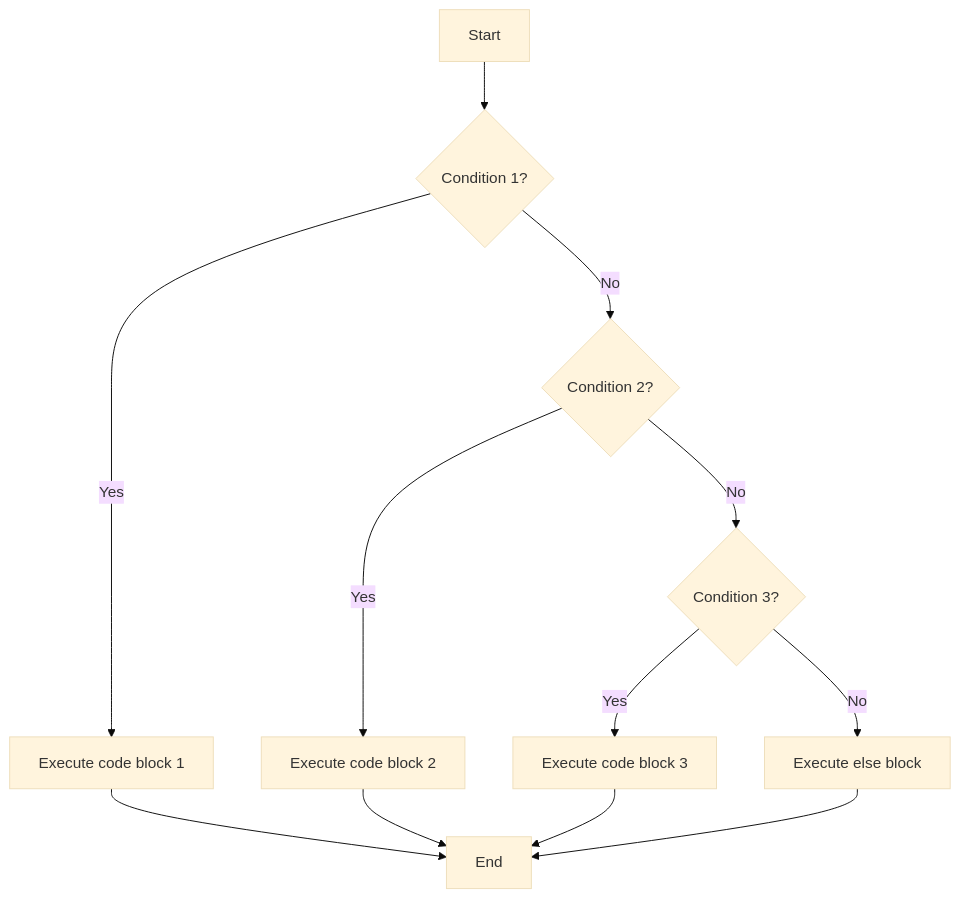
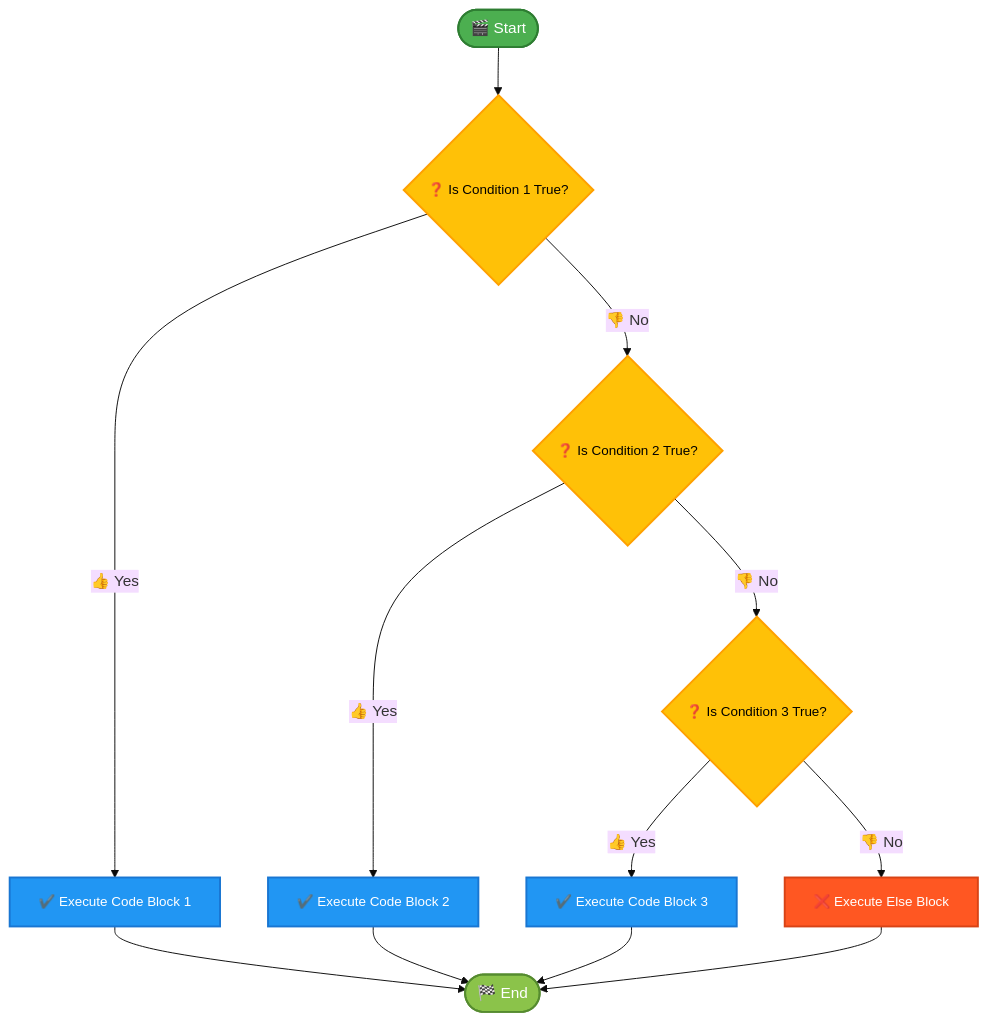
Before and after one commit to infoyouth/infoyouth.github.io: the fourth of 18 diagrams in _posts/2024-11-28-c-control-statements-decision-making.md, drawn with Mermaid (base theme). The commit also changed other lines of this file, not shown here.

````diff
--- a/_posts/2024-11-28-c-control-statements-decision-making.md
+++ b/_posts/2024-11-28-c-control-statements-decision-making.md
@@ -440,14 +504,25 @@
 ```mermaid
 graph TD
-    A[Start] --> B{Condition 1?};
-    B -- Yes --> C[Execute code block 1];
-    B -- No --> D{Condition 2?};
-    D -- Yes --> E[Execute code block 2];
-    D -- No --> F{Condition 3?};
-    F -- Yes --> G[Execute code block 3];
-    F -- No --> H[Execute else block];
-    C --> I[End];
+    A([🎬 Start]) --> B{❓ Is Condition 1 True?};
+    B -- 👍 Yes --> C[✔️ Execute Code Block 1];
+    B -- 👎 No --> D{❓ Is Condition 2 True?};
+    D -- 👍 Yes --> E[✔️ Execute Code Block 2];
+    D -- 👎 No --> F{❓ Is Condition 3 True?};
+    F -- 👍 Yes --> G[✔️ Execute Code Block 3];
+    F -- 👎 No --> H[❌ Execute Else Block];
+    C --> I([🏁 End]);
     E --> I;
     G --> I;
     H --> I;
+
+    style A fill:#4CAF50,stroke:#2E7D32,stroke-width:2px,color:#FFFFFF,font-size:16px
+    style B fill:#FFC107,stroke:#FFA000,stroke-width:2px,color:#000000,font-size:14px
+    style C fill:#2196F3,stroke:#1976D2,stroke-width:2px,color:#FFFFFF,font-size:14px
+    style D fill:#FFC107,stroke:#FFA000,stroke-width:2px,color:#000000,font-size:14px
+    style E fill:#2196F3,stroke:#1976D2,stroke-width:2px,color:#FFFFFF,font-size:14px
+    style F fill:#FFC107,stroke:#FFA000,stroke-width:2px,color:#000000,font-size:14px
+    style G fill:#2196F3,stroke:#1976D2,stroke-width:2px,color:#FFFFFF,font-size:14px
+    style H fill:#FF5722,stroke:#D84315,stroke-width:2px,color:#FFFFFF,font-size:14px
+    style I fill:#8BC34A,stroke:#558B2F,stroke-width:2px,color:#FFFFFF,font-size:16px
+
 ```
````
